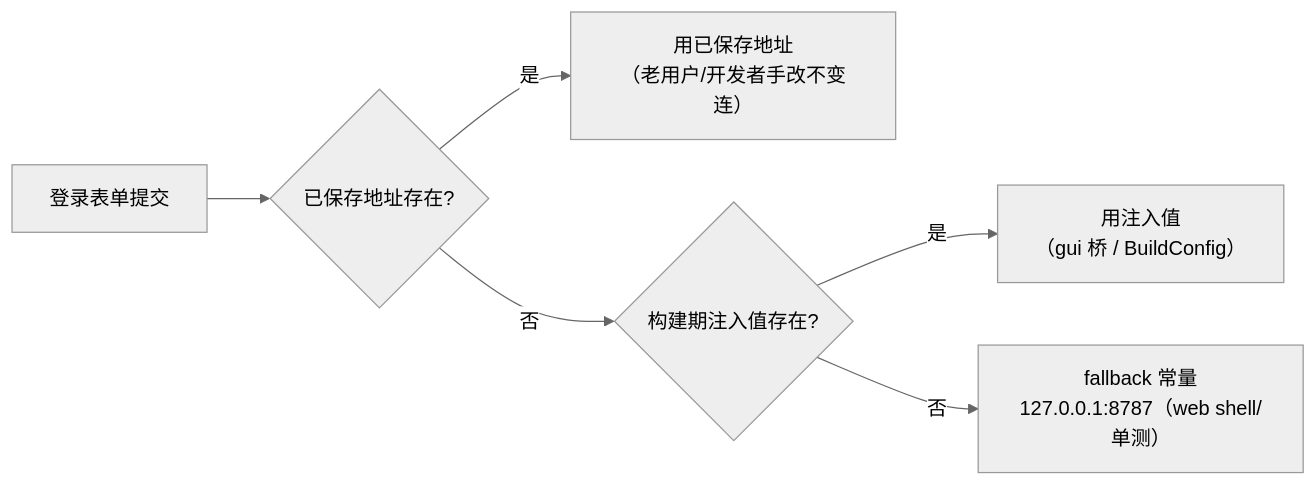
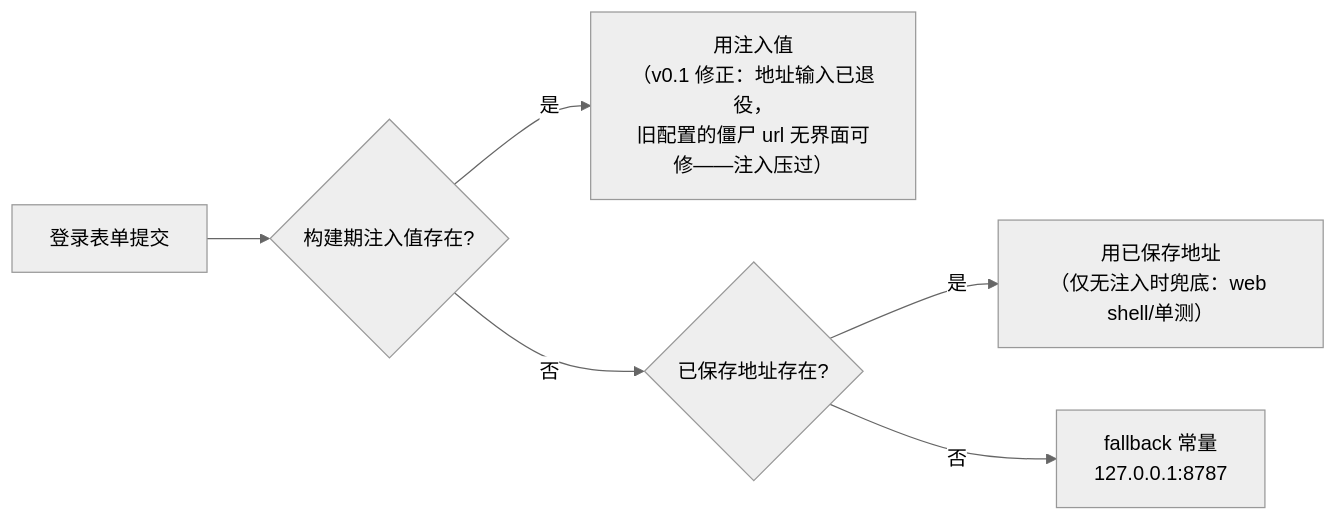
One commit to fanghuarunbalala/nova-writing changed the second of 2 diagrams in docs/PRD/客户端固定server-构建期注入.md. Above: the diagram before and after it, drawn with Mermaid (neutral theme). The commit also changed other lines of this file and 6 other files, not shown here.

````diff
--- a/docs/PRD/客户端固定server-构建期注入.md
+++ b/docs/PRD/客户端固定server-构建期注入.md
@@ -48,8 +48,8 @@
 ```mermaid
 flowchart LR
-    A["登录表单提交"] --> B{"已保存地址存在?"}
-    B -- 是 --> C["用已保存地址<br/>（老用户/开发者手改不变连）"]
-    B -- 否 --> D{"构建期注入值存在?"}
-    D -- 是 --> E["用注入值<br/>（gui 桥 / BuildConfig）"]
-    D -- 否 --> F["fallback 常量<br/>127.0.0.1:8787（web shell/单测）"]
+    A["登录表单提交"] --> B{"构建期注入值存在?"}
+    B -- 是 --> C["用注入值<br/>（v0.1 修正：地址输入已退役，<br/>旧配置的僵尸 url 无界面可修——注入压过）"]
+    B -- 否 --> D{"已保存地址存在?"}
+    D -- 是 --> E["用已保存地址<br/>（仅无注入时兜底：web shell/单测）"]
+    D -- 否 --> F["fallback 常量<br/>127.0.0.1:8787"]
 ```
````
